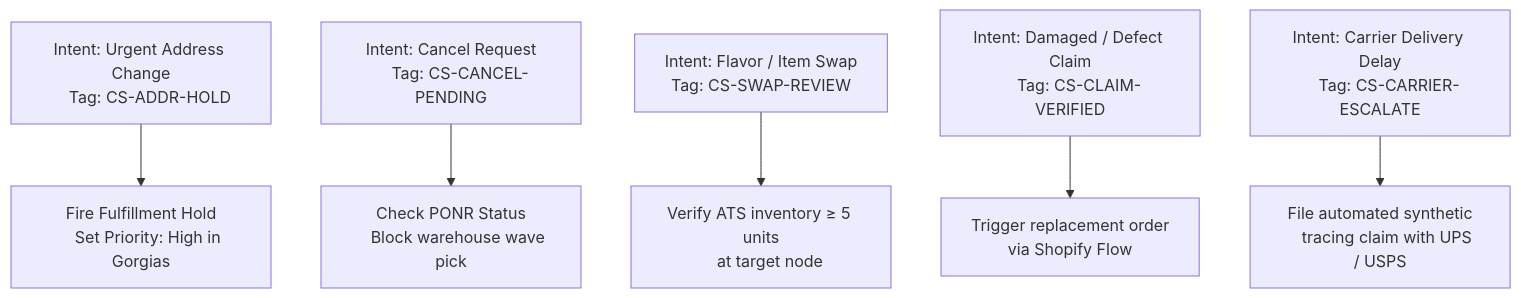
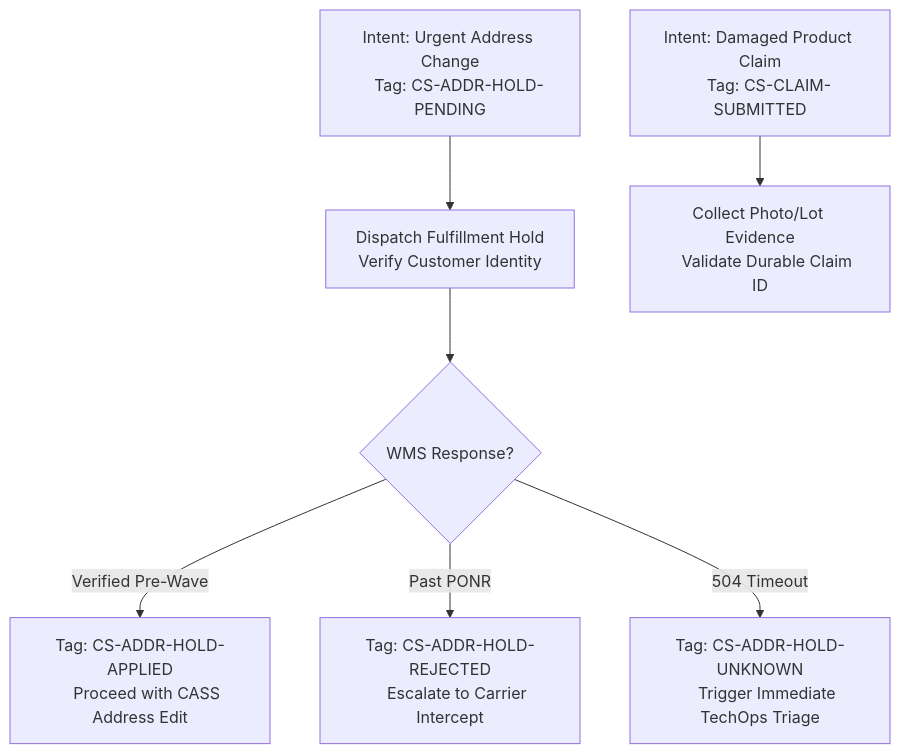
Before and after one commit to riovicsusas/portfolio: the second of 3 diagrams in master-dossiers/MasterDossier-Domain6-FrontlineHelpdeskAutomation.md, drawn with Mermaid. The commit also changed other lines of this file and 14 other files, not shown here.

````diff
--- a/master-dossiers/MasterDossier-Domain6-FrontlineHelpdeskAutomation.md
+++ b/master-dossiers/MasterDossier-Domain6-FrontlineHelpdeskAutomation.md
@@ -75,22 +80,18 @@
 ```mermaid
 flowchart TD
     I1["Intent: Urgent Address Change
-    Tag: CS-ADDR-HOLD"] --> A1["Fire Fulfillment Hold
-    Set Priority: High in Gorgias"]
+    Tag: CS-ADDR-HOLD-PENDING"] --> A1["Dispatch Fulfillment Hold
+    Verify Customer Identity"]
 
-    I2["Intent: Cancel Request
-    Tag: CS-CANCEL-PENDING"] --> A2["Check PONR Status
-    Block warehouse wave pick"]
+    A1 --> O1{WMS Response?}
+    O1 -- Verified Pre-Wave --> T_App["Tag: CS-ADDR-HOLD-APPLIED
+    Proceed with CASS Address Edit"]
+    O1 -- Past PONR --> T_Rej["Tag: CS-ADDR-HOLD-REJECTED
+    Escalate to Carrier Intercept"]
+    O1 -- 504 Timeout --> T_Unk["Tag: CS-ADDR-HOLD-UNKNOWN
+    Trigger Immediate TechOps Triage"]
 
-    I3["Intent: Flavor / Item Swap
-    Tag: CS-SWAP-REVIEW"] --> A3["Verify ATS inventory ≥ 5 units
-    at target node"]
-
-    I4["Intent: Damaged / Defect Claim
-    Tag: CS-CLAIM-VERIFIED"] --> A4["Trigger replacement order
-    via Shopify Flow"]
-
-    I5["Intent: Carrier Delivery Delay
-    Tag: CS-CARRIER-ESCALATE"] --> A5["File automated synthetic
-    tracing claim with UPS / USPS"]
+    I2["Intent: Damaged Product Claim
+    Tag: CS-CLAIM-SUBMITTED"] --> A2["Collect Photo/Lot Evidence
+    Validate Durable Claim ID"]
 ```
````
